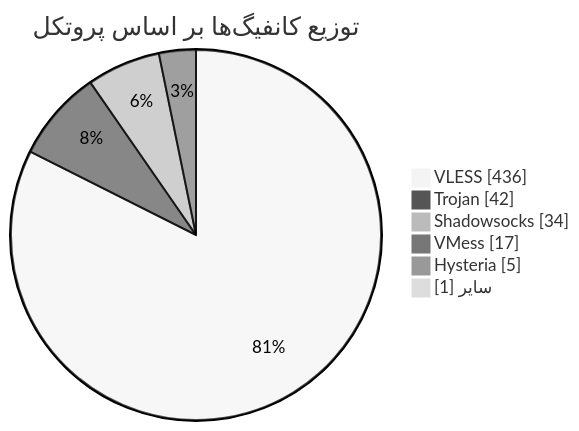
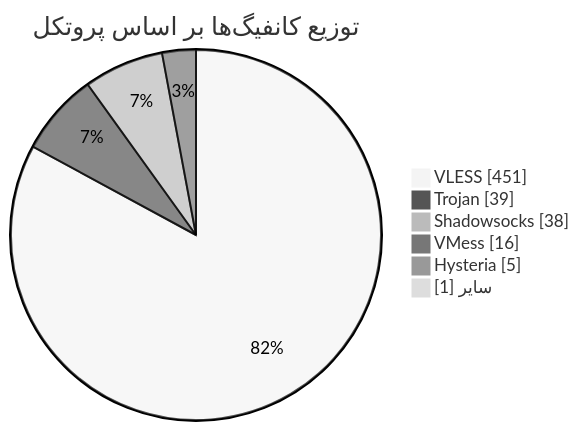
The diagram in README.md (Arian-Alijani/Somthing), drawn with Mermaid (neutral theme) before and after one commit. The commit also changed other lines of this file and 55 other files, not shown here.

````diff
--- a/README.md
+++ b/README.md
@@ -48,10 +48,10 @@
 ```mermaid
 pie showData
     title توزیع کانفیگ‌ها بر اساس پروتکل
-    "VLESS" : 436
-    "Trojan" : 42
-    "Shadowsocks" : 34
-    "VMess" : 17
+    "VLESS" : 451
+    "Trojan" : 39
+    "Shadowsocks" : 38
+    "VMess" : 16
     "Hysteria" : 5
     "سایر" : 1
 ```
````
